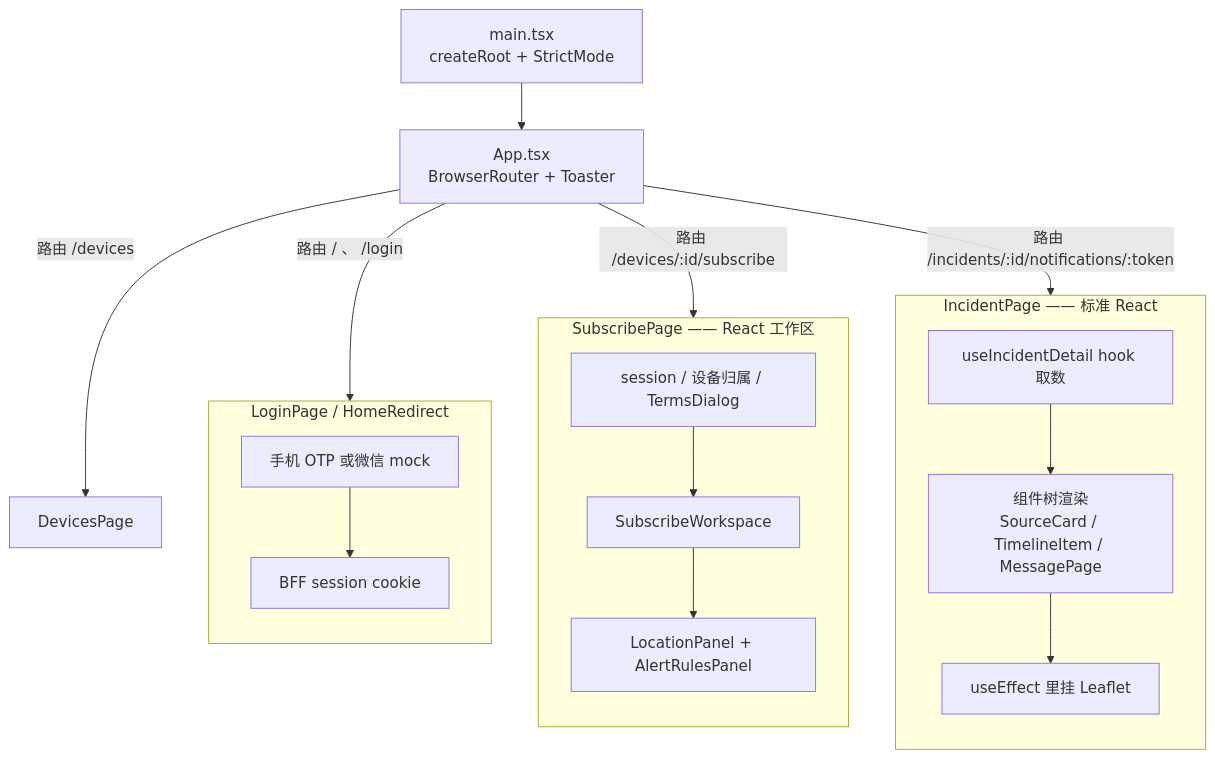
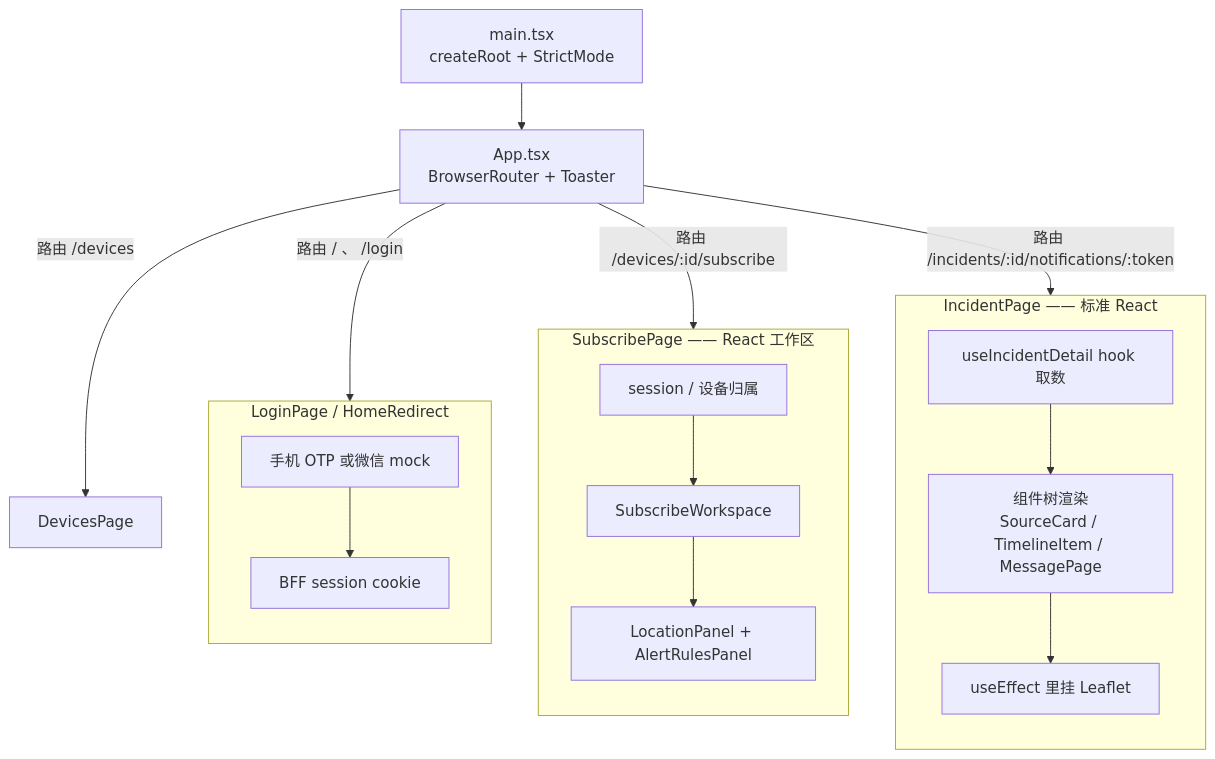
The second of 8 diagrams in docs/architecture.md (luyi2008/disaster-alert-web), drawn with Mermaid before and after one commit. The commit also changed other lines of this file and 8 other files, not shown here.

````diff
--- a/docs/architecture.md
+++ b/docs/architecture.md
@@ -87,34 +87,34 @@
 ```mermaid
 graph TB
     Main["main.tsx<br/>createRoot + StrictMode"]
     App["App.tsx<br/>BrowserRouter + Toaster"]
 
     Main --> App
     App -->|"路由 / 、 /login"| AuthPages
     App -->|"路由 /devices"| DevicesPage
     App -->|"路由 /devices/:id/subscribe"| SubPage
     App -->|"路由 /incidents/:id/notifications/:token"| IncPage
 
     subgraph AuthPages["LoginPage / HomeRedirect"]
         direction TB
         E1["手机 OTP 或微信 mock"]
         E2["BFF session cookie"]
         E1 --> E2
     end
 
     subgraph SubPage["SubscribePage —— React 工作区"]
         direction TB
-        S1["session / 设备归属 / TermsDialog"]
+        S1["session / 设备归属"]
         S2["SubscribeWorkspace"]
         S3["LocationPanel + AlertRulesPanel"]
         S1 --> S2 --> S3
     end
 
     subgraph IncPage["IncidentPage —— 标准 React"]
         direction TB
         I1["useIncidentDetail hook 取数"]
         I2["组件树渲染<br/>SourceCard / TimelineItem / MessagePage"]
         I3["useEffect 里挂 Leaflet"]
         I1 --> I2 --> I3
     end
 ```
````
